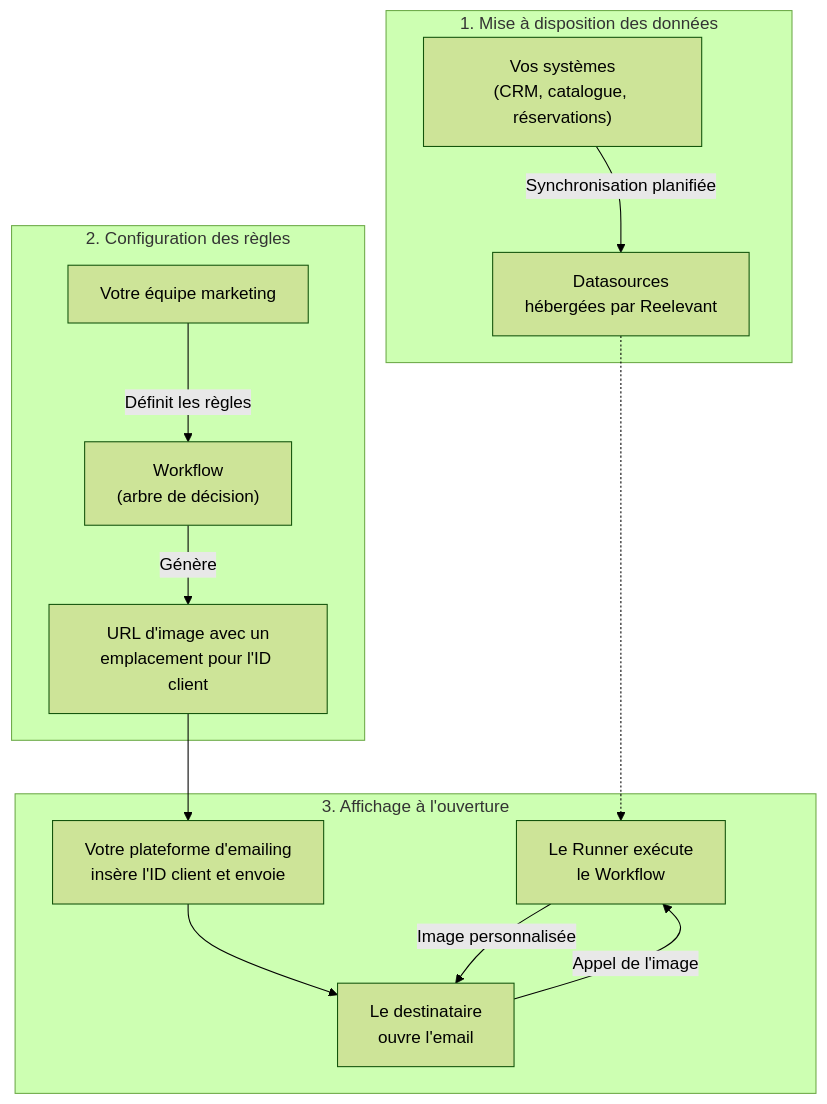
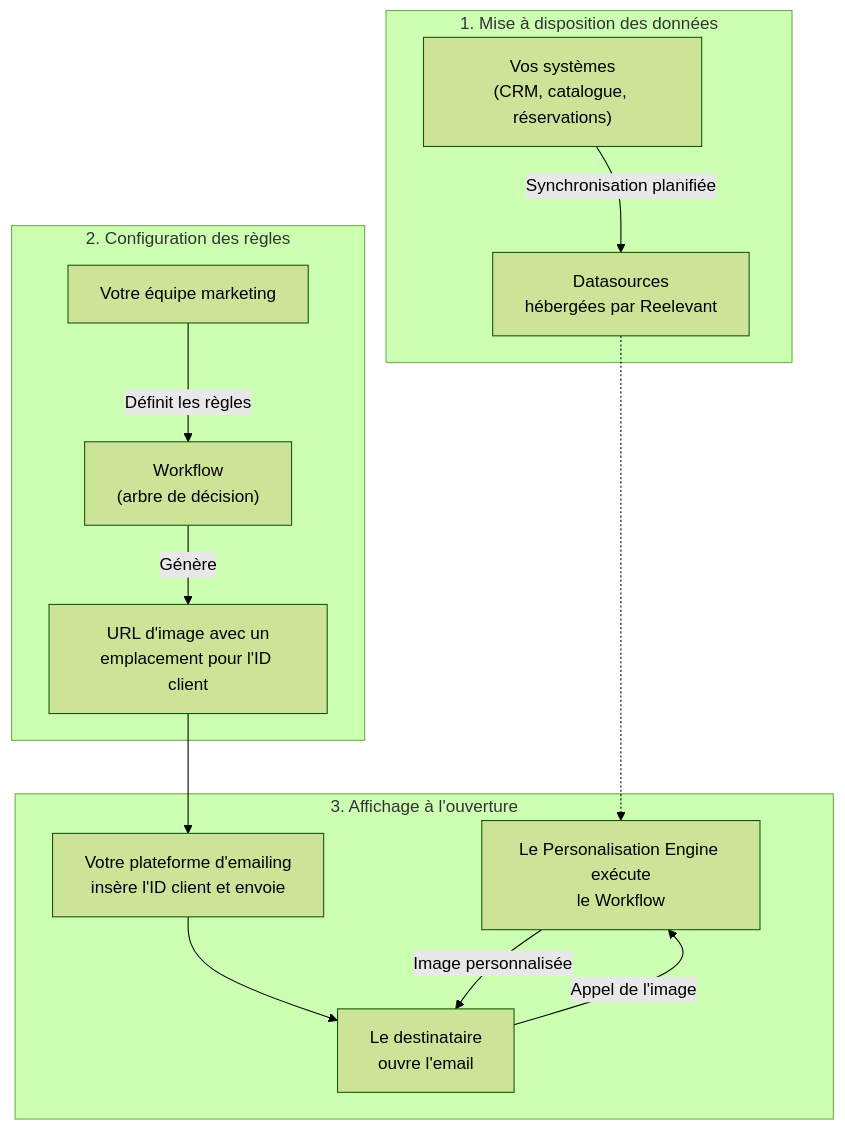
Before and after one commit to reelevant-tech/product-documentation: the first of 4 diagrams in fr/why-reelevant/data-protection/overview.mdx, drawn with Mermaid (forest theme). The commit also changed other lines of this file and 3 other files, not shown here.

````diff
--- a/fr/why-reelevant/data-protection/overview.mdx
+++ b/fr/why-reelevant/data-protection/overview.mdx
@@ -21,18 +21,18 @@
 ```mermaid
 flowchart TB
     subgraph P1["1. Mise à disposition des données"]
         CRM["Vos systèmes<br/>(CRM, catalogue, réservations)"] -->|"Synchronisation planifiée"| DS["Datasources<br/>hébergées par Reelevant"]
     end
     subgraph P2["2. Configuration des règles"]
         MKT["Votre équipe marketing"] -->|"Définit les règles"| WF["Workflow<br/>(arbre de décision)"]
         WF -->|"Génère"| URL["URL d'image avec un<br/>emplacement pour l'ID client"]
     end
     subgraph P3["3. Affichage à l'ouverture"]
         ESP["Votre plateforme d'emailing<br/>insère l'ID client et envoie"] --> OPEN["Le destinataire<br/>ouvre l'email"]
-        OPEN -->|"Appel de l'image"| RUN["Le Runner exécute<br/>le Workflow"]
+        OPEN -->|"Appel de l'image"| RUN["Le Personalisation Engine exécute<br/>le Workflow"]
         RUN -->|"Image personnalisée"| OPEN
     end
     P1 ~~~ P2
     DS -.-> RUN
     URL --> ESP
 ```
````
